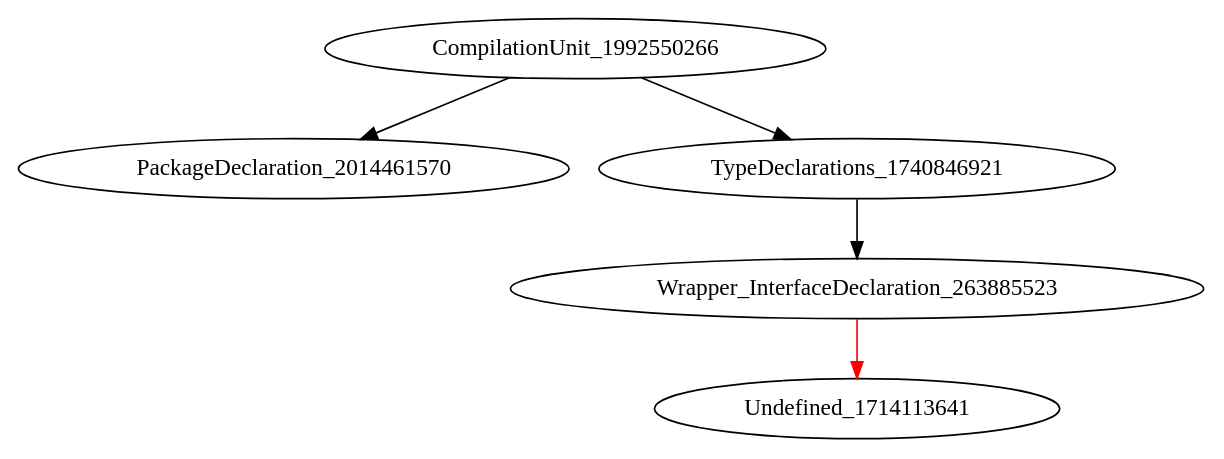
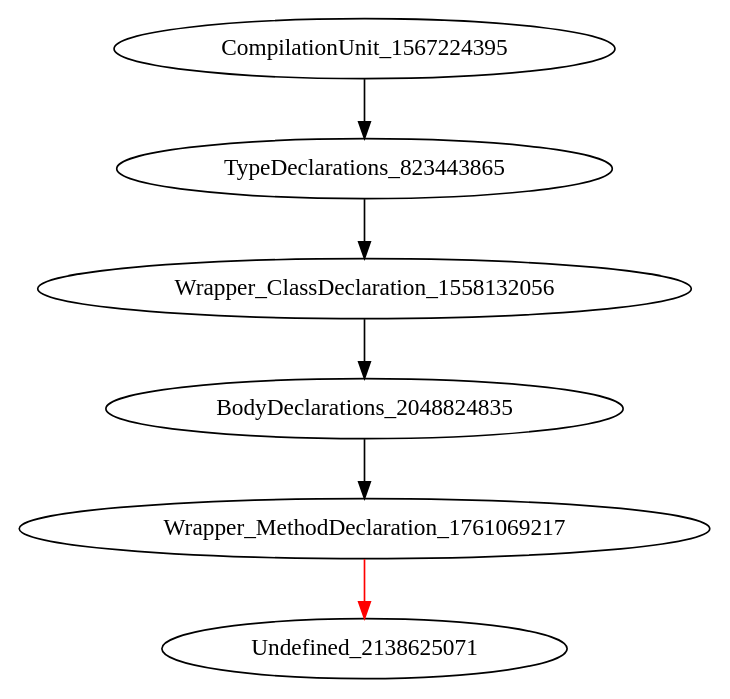
Before and after one commit to icse2023material/VoiceJava: the diagram in holeAST.dot, drawn with Graphviz. The commit also changed 18 other files, not shown here.

```diff
--- a/holeAST.dot
+++ b/holeAST.dot
@@ -1,6 +1,7 @@
 digraph {
-CompilationUnit_1992550266 -> PackageDeclaration_2014461570
-CompilationUnit_1992550266 -> TypeDeclarations_1740846921
-TypeDeclarations_1740846921 -> Wrapper_InterfaceDeclaration_263885523
-Wrapper_InterfaceDeclaration_263885523 -> Undefined_1714113641 [color = red] 
+CompilationUnit_1567224395 -> TypeDeclarations_823443865
+TypeDeclarations_823443865 -> Wrapper_ClassDeclaration_1558132056
+Wrapper_ClassDeclaration_1558132056 -> BodyDeclarations_2048824835
+BodyDeclarations_2048824835 -> Wrapper_MethodDeclaration_1761069217
+Wrapper_MethodDeclaration_1761069217 -> Undefined_2138625071 [color = red] 
 }
```
